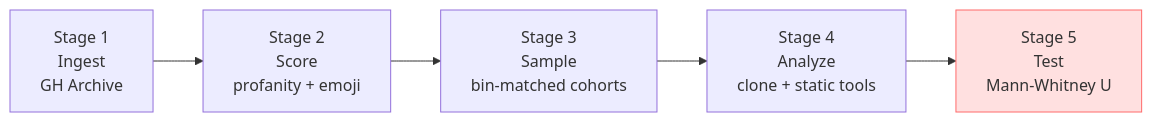
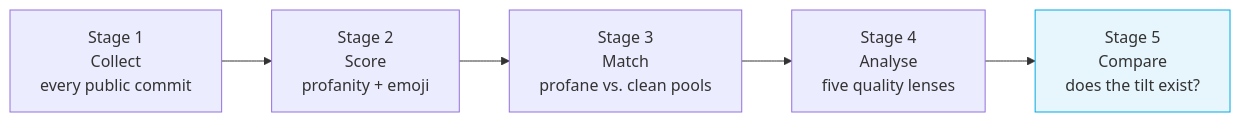
One commit to Sibyx/oss-profanity changed the first of 2 diagrams in presentation/slides.md. Above: the diagram before and after it, drawn with Mermaid. The commit also changed other lines of this file and 8 other files, not shown here.

````diff
--- a/presentation/slides.md
+++ b/presentation/slides.md
@@ -313,9 +453,9 @@
 ```mermaid
 graph LR
-    S1[Stage 1<br/>Ingest<br/>GH Archive] --> S2[Stage 2<br/>Score<br/>profanity + emoji]
-    S2 --> S3[Stage 3<br/>Sample<br/>bin-matched cohorts]
-    S3 --> S4[Stage 4<br/>Analyze<br/>clone + static tools]
-    S4 --> S5[Stage 5<br/>Test<br/>Mann-Whitney U]
+    S1[Stage 1<br/>Collect<br/>every public commit] --> S2[Stage 2<br/>Score<br/>profanity + emoji]
+    S2 --> S3[Stage 3<br/>Match<br/>profane vs. clean pools]
+    S3 --> S4[Stage 4<br/>Analyse<br/>five quality lenses]
+    S4 --> S5[Stage 5<br/>Compare<br/>does the tilt exist?]
 
-    style S5 fill:#ffe0e0,stroke:#ff6b6b
+    style S5 fill:#e6f6fc,stroke:#00A9E0
 ```
````
